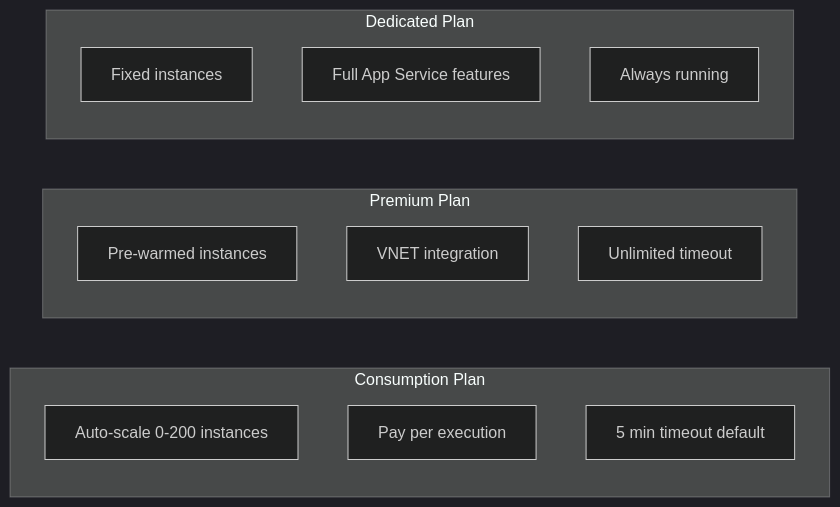
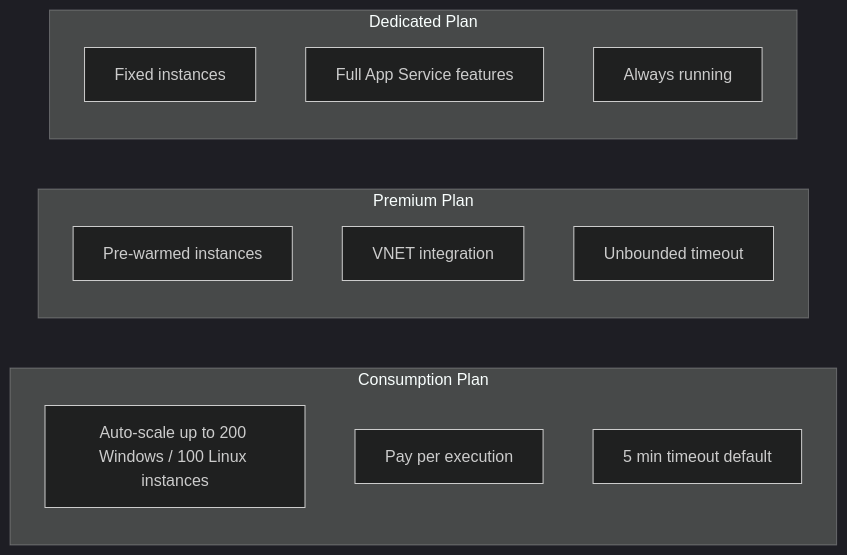
One commit to OneUptime/blog changed the second of 2 diagrams in posts/2026-01-24-azure-functions-configuration/README.md. Above: the diagram before and after it, drawn with Mermaid (dark theme). The commit also changed other lines of this file and 4262 other files, not shown here.

````diff
--- a/posts/2026-01-24-azure-functions-configuration/README.md
+++ b/posts/2026-01-24-azure-functions-configuration/README.md
@@ -270,20 +269,20 @@
 ```mermaid
 flowchart LR
     subgraph Consumption["Consumption Plan"]
-        C1[Auto-scale 0-200 instances]
+        C1[Auto-scale up to 200 Windows / 100 Linux instances]
         C2[Pay per execution]
         C3[5 min timeout default]
     end
 
     subgraph Premium["Premium Plan"]
         P1[Pre-warmed instances]
         P2[VNET integration]
-        P3[Unlimited timeout]
+        P3[Unbounded timeout]
     end
 
     subgraph Dedicated["Dedicated Plan"]
         D1[Fixed instances]
         D2[Full App Service features]
         D3[Always running]
     end
 ```
````
